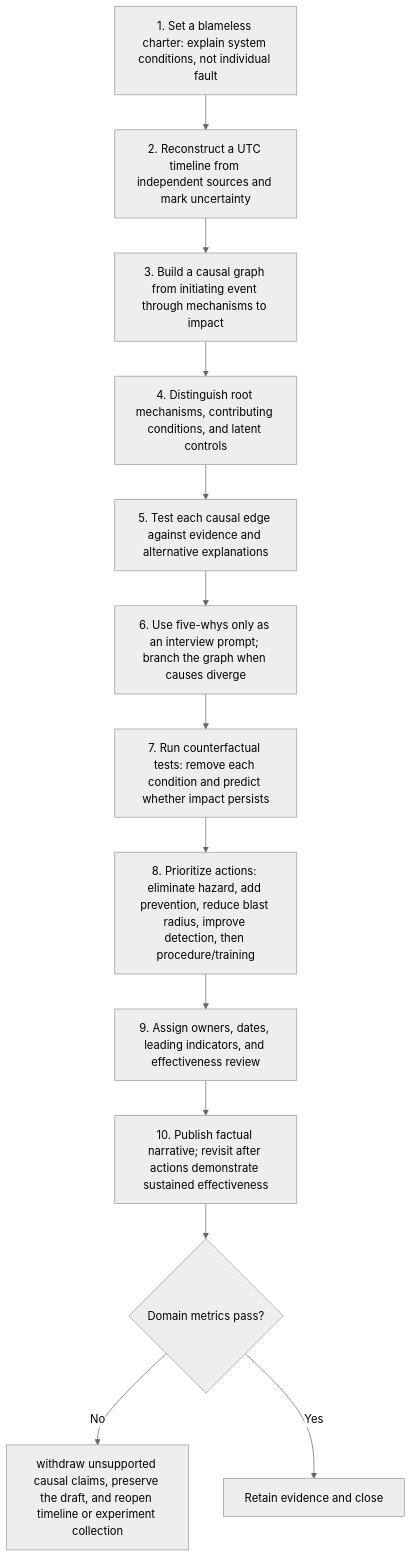
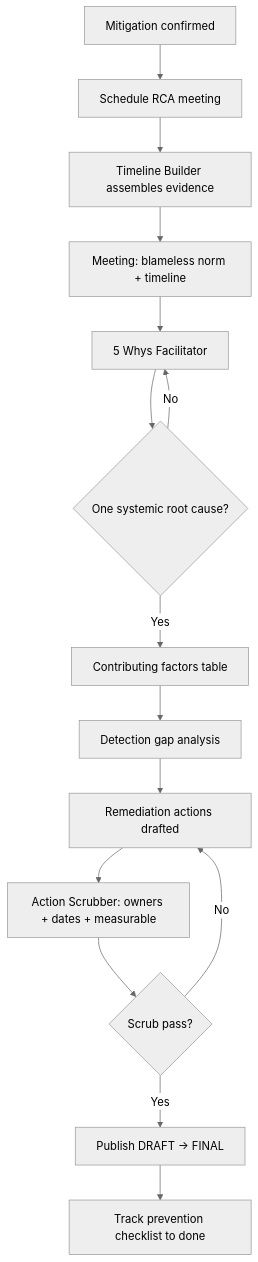
The diagram in content/patterns/root-cause-pattern/workflow.md (grvmithas/open-ai-engineering-standards), drawn with Mermaid (neutral theme) before and after one commit. The commit also changed other lines of this file and 494 other files, not shown here.

````diff
--- a/content/patterns/root-cause-pattern/workflow.md
+++ b/content/patterns/root-cause-pattern/workflow.md
@@ -9,16 +11,17 @@
 ```mermaid
 flowchart TD
-  S1[1. Set a blameless charter: explain system conditions, not individual fault] --> S2
-  S2[2. Reconstruct a UTC timeline from independent sources and mark uncertainty] --> S3
-  S3[3. Build a causal graph from initiating event through mechanisms to impact] --> S4
-  S4[4. Distinguish root mechanisms, contributing conditions, and latent controls] --> S5
-  S5[5. Test each causal edge against evidence and alternative explanations] --> S6
-  S6[6. Use five-whys only as an interview prompt; branch the graph when causes diverge] --> S7
-  S7[7. Run counterfactual tests: remove each condition and predict whether impact persists] --> S8
-  S8[8. Prioritize actions: eliminate hazard, add prevention, reduce blast radius, improve detection, then procedure/training] --> S9
-  S9[9. Assign owners, dates, leading indicators, and effectiveness review] --> S10
-  S10[10. Publish factual narrative; revisit after actions demonstrate sustained effectiveness]
-  S10 --> V{Domain metrics pass?}
-  V -->|No| R[withdraw unsupported causal claims, preserve the draft, and reopen timeline or experiment collection]
-  V -->|Yes| C[Retain evidence and close]
+    A[Mitigation confirmed] --> B[Schedule RCA meeting]
+    B --> C[Timeline Builder assembles evidence]
+    C --> D[Meeting: blameless norm + timeline]
+    D --> E[5 Whys Facilitator]
+    E --> F{One systemic root cause?}
+    F -->|No| E
+    F -->|Yes| G[Contributing factors table]
+    G --> H[Detection gap analysis]
+    H --> I[Remediation actions drafted]
+    I --> J[Action Scrubber: owners + dates + measurable]
+    J --> K{Scrub pass?}
+    K -->|No| I
+    K -->|Yes| L[Publish DRAFT → FINAL]
+    L --> M[Track prevention checklist to done]
 ```
````
